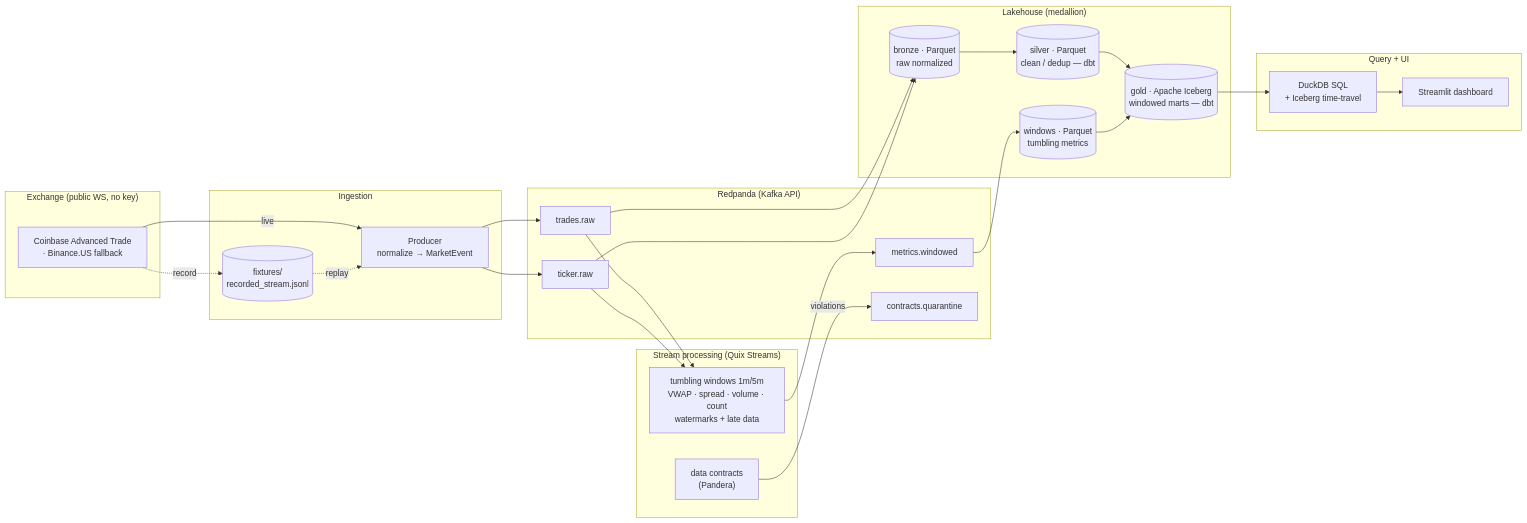
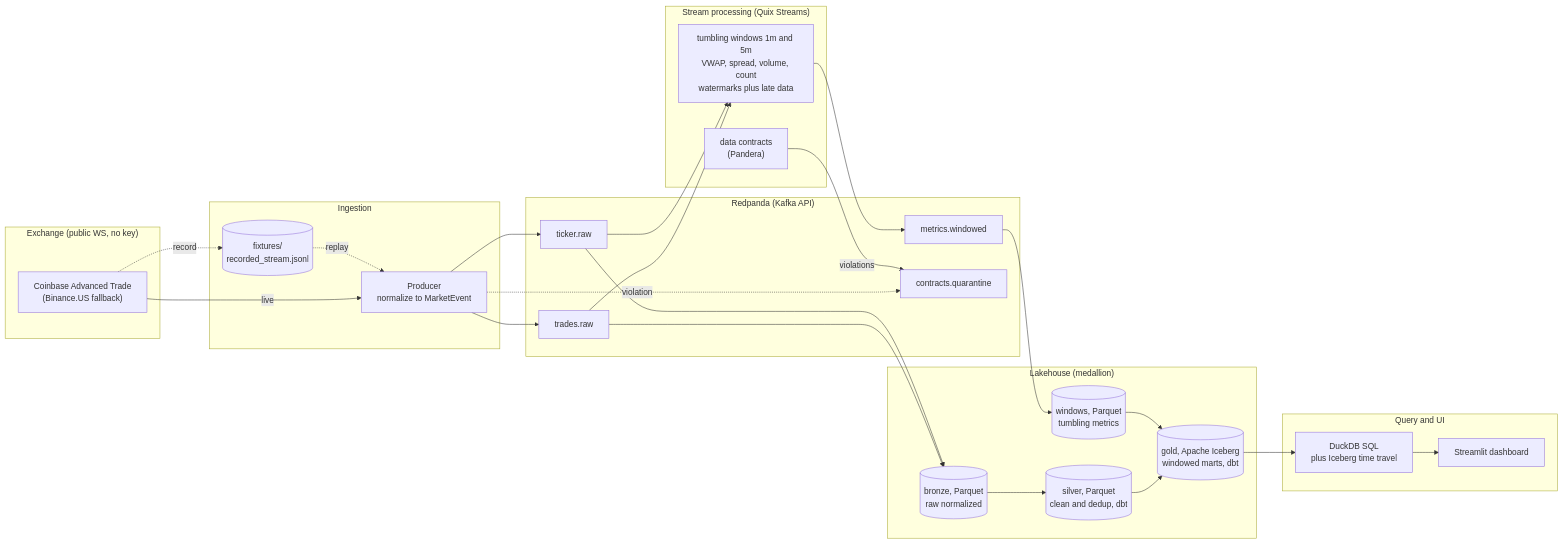
The diagram in README.md (lithin45/tickstream-streaming-lakehouse), drawn with Mermaid before and after one commit. The commit also changed other lines of this file and 6 other files, not shown here.

````diff
--- a/README.md
+++ b/README.md
@@ -24,49 +15,50 @@
 ```mermaid
 flowchart LR
     subgraph EX["Exchange (public WS, no key)"]
-        CB["Coinbase Advanced Trade<br/>· Binance.US fallback"]
+        CB["Coinbase Advanced Trade<br/>(Binance.US fallback)"]
     end
 
     subgraph ING["Ingestion"]
-        PROD["Producer<br/>normalize → MarketEvent"]
+        PROD["Producer<br/>normalize to MarketEvent"]
         REC[("fixtures/<br/>recorded_stream.jsonl")]
     end
 
     subgraph BROKER["Redpanda (Kafka API)"]
         T1["trades.raw"]
         T2["ticker.raw"]
         T3["metrics.windowed"]
         QT["contracts.quarantine"]
     end
 
     subgraph SP["Stream processing (Quix Streams)"]
-        WIN["tumbling windows 1m/5m<br/>VWAP · spread · volume · count<br/>watermarks + late data"]
+        WIN["tumbling windows 1m and 5m<br/>VWAP, spread, volume, count<br/>watermarks plus late data"]
         DQ["data contracts<br/>(Pandera)"]
     end
 
     subgraph LAKE["Lakehouse (medallion)"]
-        BRONZE[("bronze · Parquet<br/>raw normalized")]
-        WINDOWS[("windows · Parquet<br/>tumbling metrics")]
-        SILVER[("silver · Parquet<br/>clean / dedup — dbt")]
-        GOLD[("gold · Apache Iceberg<br/>windowed marts — dbt")]
+        BRONZE[("bronze, Parquet<br/>raw normalized")]
+        WINDOWS[("windows, Parquet<br/>tumbling metrics")]
+        SILVER[("silver, Parquet<br/>clean and dedup, dbt")]
+        GOLD[("gold, Apache Iceberg<br/>windowed marts, dbt")]
     end
 
-    subgraph QUERY["Query + UI"]
-        DUCK["DuckDB SQL<br/>+ Iceberg time-travel"]
+    subgraph QUERY["Query and UI"]
+        DUCK["DuckDB SQL<br/>plus Iceberg time travel"]
         DASH["Streamlit dashboard"]
     end
 
     CB -->|live| PROD
     CB -.record.-> REC
     REC -.replay.-> PROD
     PROD --> T1 & T2
+    PROD -.violation.-> QT
     T1 --> WIN
     T2 --> WIN
     T1 --> BRONZE
     T2 --> BRONZE
     WIN --> T3
     DQ -->|violations| QT
     BRONZE --> SILVER --> GOLD
     T3 --> WINDOWS --> GOLD
     GOLD --> DUCK --> DASH
 ```
````
